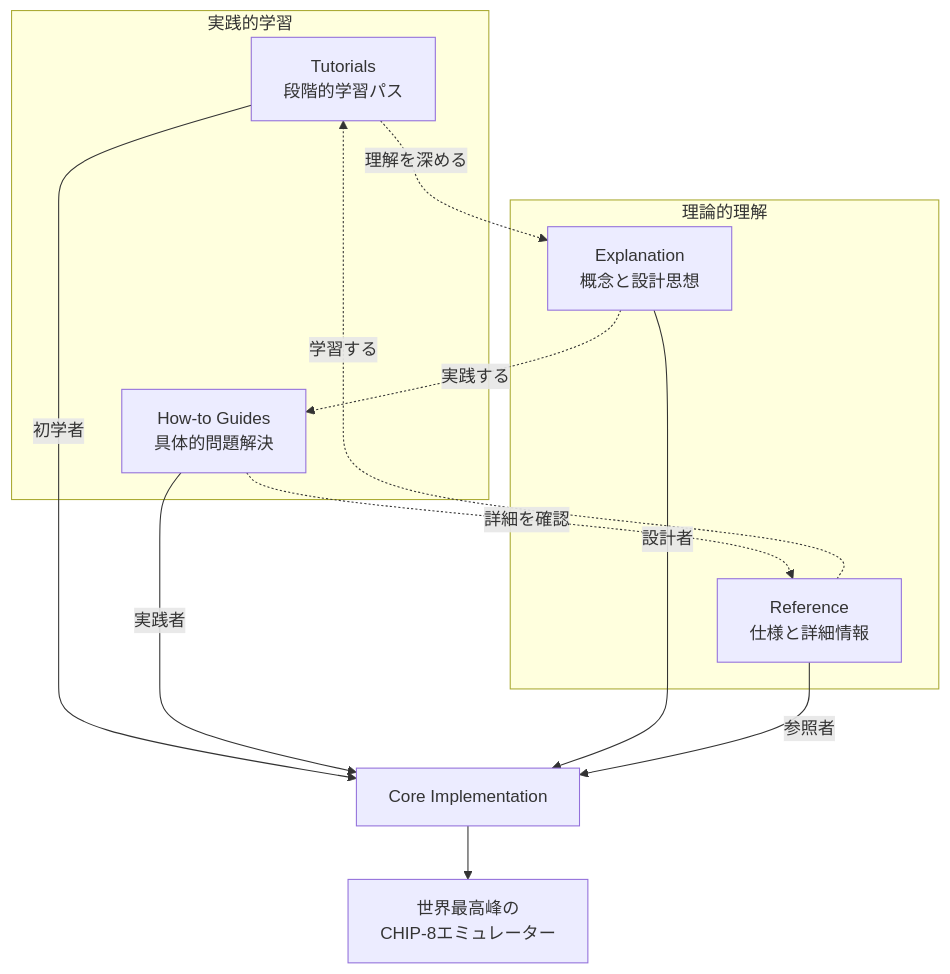
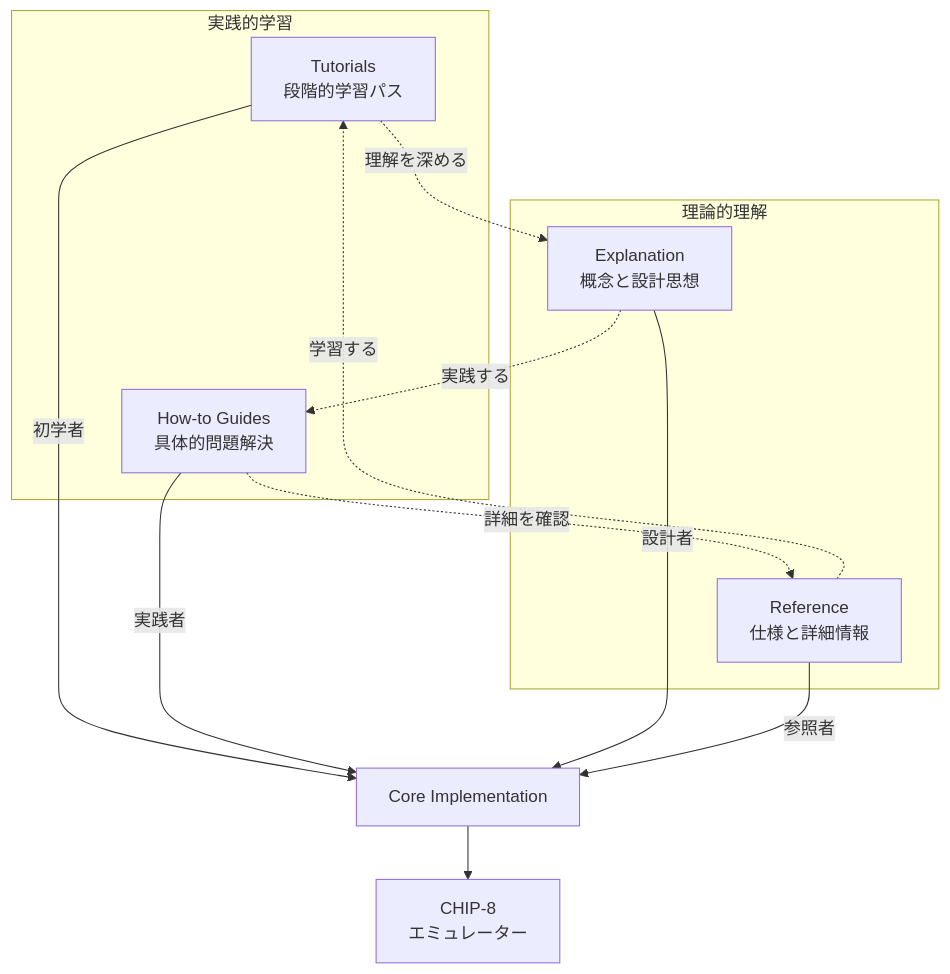
Before and after one commit to takeokunn/cl-chip8: the first of 4 diagrams in docs/README.md, drawn with Mermaid. The commit also changed other lines of this file and 20 other files, not shown here.

````diff
--- a/docs/README.md
+++ b/docs/README.md
@@ -33,24 +33,24 @@
 ```mermaid
 graph TB
     subgraph "実践的学習"
         T[Tutorials<br/>段階的学習パス]
         H[How-to Guides<br/>具体的問題解決]
     end
 
     subgraph "理論的理解"
         E[Explanation<br/>概念と設計思想]
         R[Reference<br/>仕様と詳細情報]
     end
 
     T -->|初学者| Core[Core Implementation]
     H -->|実践者| Core
     E -->|設計者| Core
     R -->|参照者| Core
 
-    Core --> Ultimate[世界最高峰の<br/>CHIP-8エミュレーター]
+    Core --> Ultimate[CHIP-8<br/>エミュレーター]
 
     T -.->|理解を深める| E
     H -.->|詳細を確認| R
     E -.->|実践する| H
     R -.->|学習する| T
 ```
````
